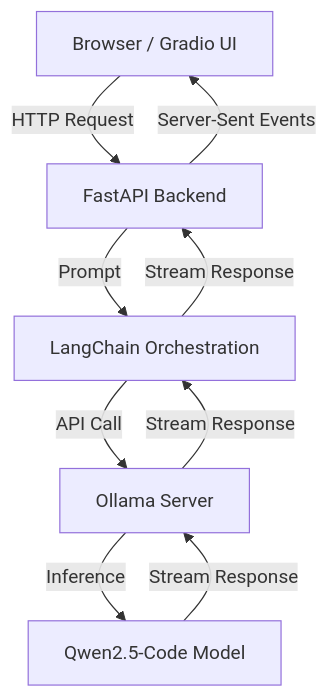
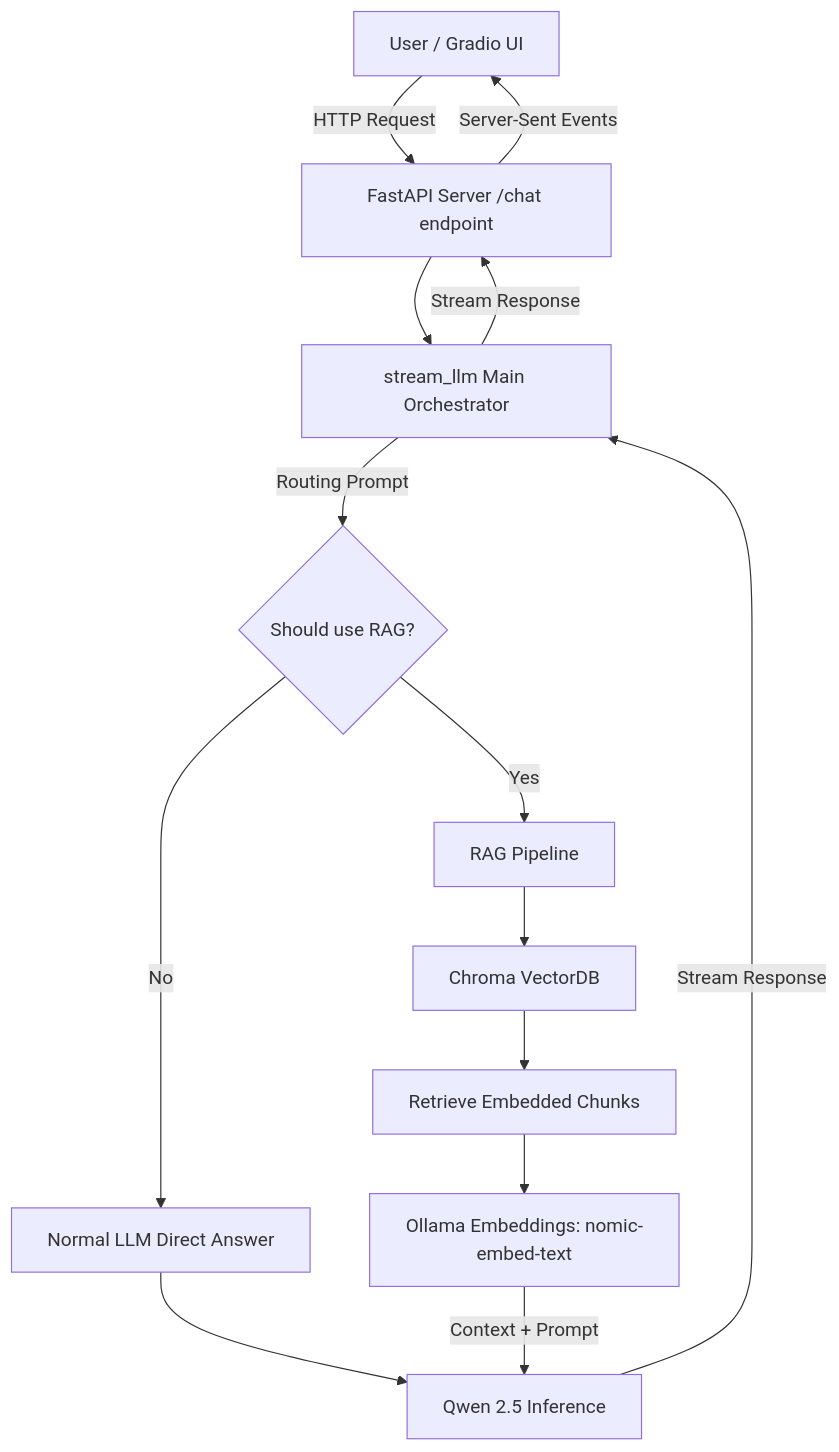
One commit to skdotv/mini-qwen-chat changed the diagram in README.md. Above: the diagram before and after it, drawn with Mermaid. The commit also changed other lines of this file, not shown here.

Commit message:
Update README with RAG and Hybrid Routing architecture

````diff
--- a/README.md
+++ b/README.md
@@ -22,11 +24,21 @@
 ```mermaid
 graph TD
-    A[Browser / Gradio UI] -->|HTTP Request| B[FastAPI Backend]
-    B -->|Prompt| C[LangChain Orchestration]
-    C -->|API Call| D[Ollama Server]
-    D -->|Inference| E[Qwen2.5-Code Model]
-    E -->|Stream Response| D
-    D -->|Stream Response| C
-    C -->|Stream Response| B
-    B -->|Server-Sent Events| A
+    User[User / Gradio UI] -->|HTTP Request| FastAPI[FastAPI Server /chat endpoint]
+    FastAPI --> Orchestrator[stream_llm Main Orchestrator]
+    
+    Orchestrator -->|Routing Prompt| Router{Should use RAG?}
+    
+    Router -->|No| NormalLLM[Normal LLM Direct Answer]
+    Router -->|Yes| RAG[RAG Pipeline]
+    
+    RAG --> Chroma[Chroma VectorDB]
+    Chroma --> Chunks[Retrieve Embedded Chunks]
+    Chunks --> Embeddings[Ollama Embeddings: nomic-embed-text]
+    
+    NormalLLM --> Qwen[Qwen 2.5 Inference]
+    Embeddings -->|Context + Prompt| Qwen
+    
+    Qwen -->|Stream Response| Orchestrator
+    Orchestrator -->|Stream Response| FastAPI
+    FastAPI -->|Server-Sent Events| User
 ```
````
